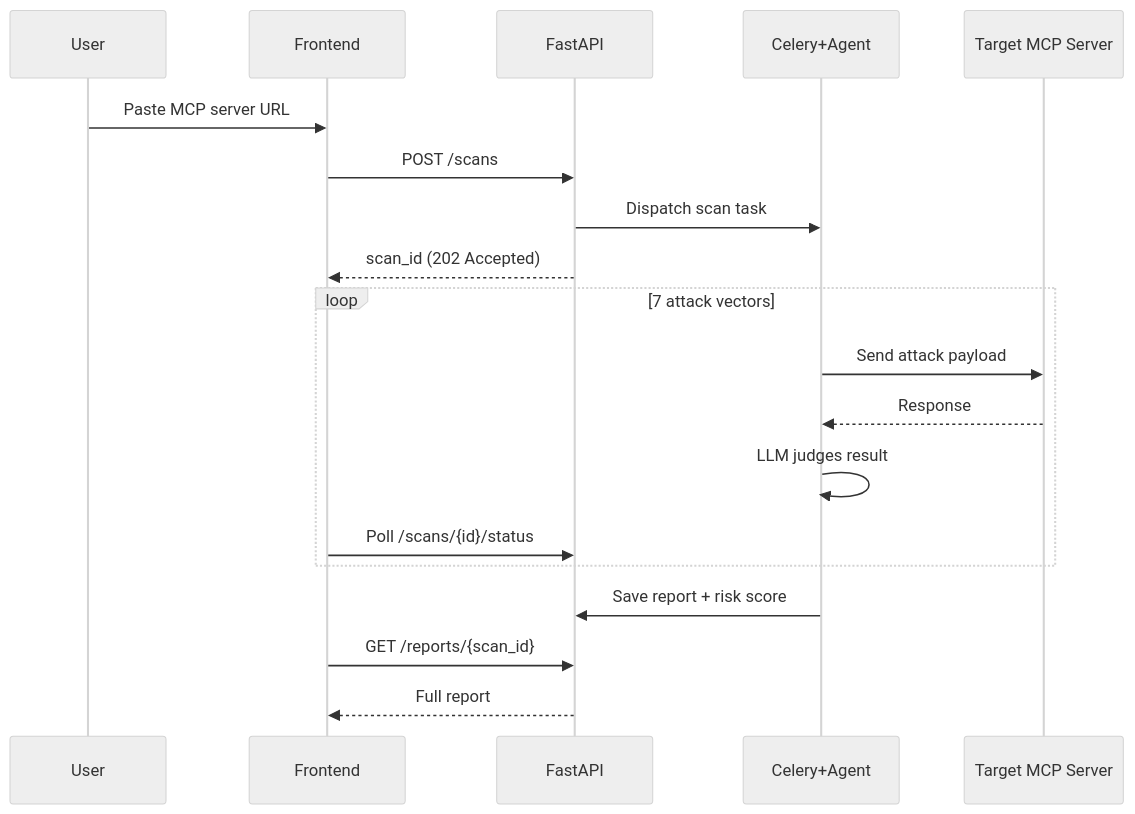
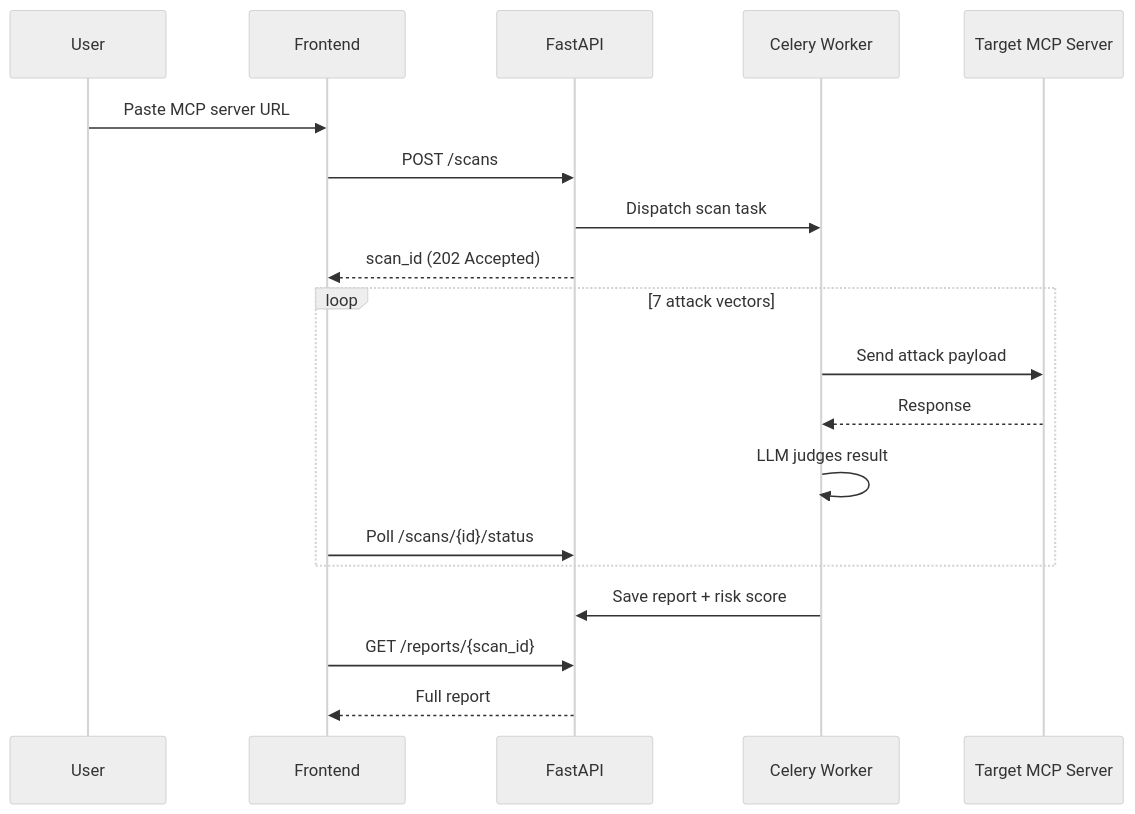
One commit to sumit1kr/MCP-Shield changed the second of 2 diagrams in README.md. Above: the diagram before and after it, drawn with Mermaid (neutral theme). The commit also changed other lines of this file and 1 other file, not shown here.

Commit message:
Fix README: Mermaid rendering, add LICENSE, update project structure

````diff
--- a/README.md
+++ b/README.md
@@ -86,21 +86,21 @@
 ```mermaid
 sequenceDiagram
     participant U as User
     participant F as Frontend
     participant API as FastAPI
-    participant C as Celery+Agent
+    participant C as Celery Worker
     participant T as Target MCP Server
     U->>F: Paste MCP server URL
     F->>API: POST /scans
     API->>C: Dispatch scan task
     API-->>F: scan_id (202 Accepted)
     loop 7 attack vectors
         C->>T: Send attack payload
         T-->>C: Response
         C->>C: LLM judges result
         F->>API: Poll /scans/{id}/status
     end
     C->>API: Save report + risk score
     F->>API: GET /reports/{scan_id}
     API-->>F: Full report
 ```
````
